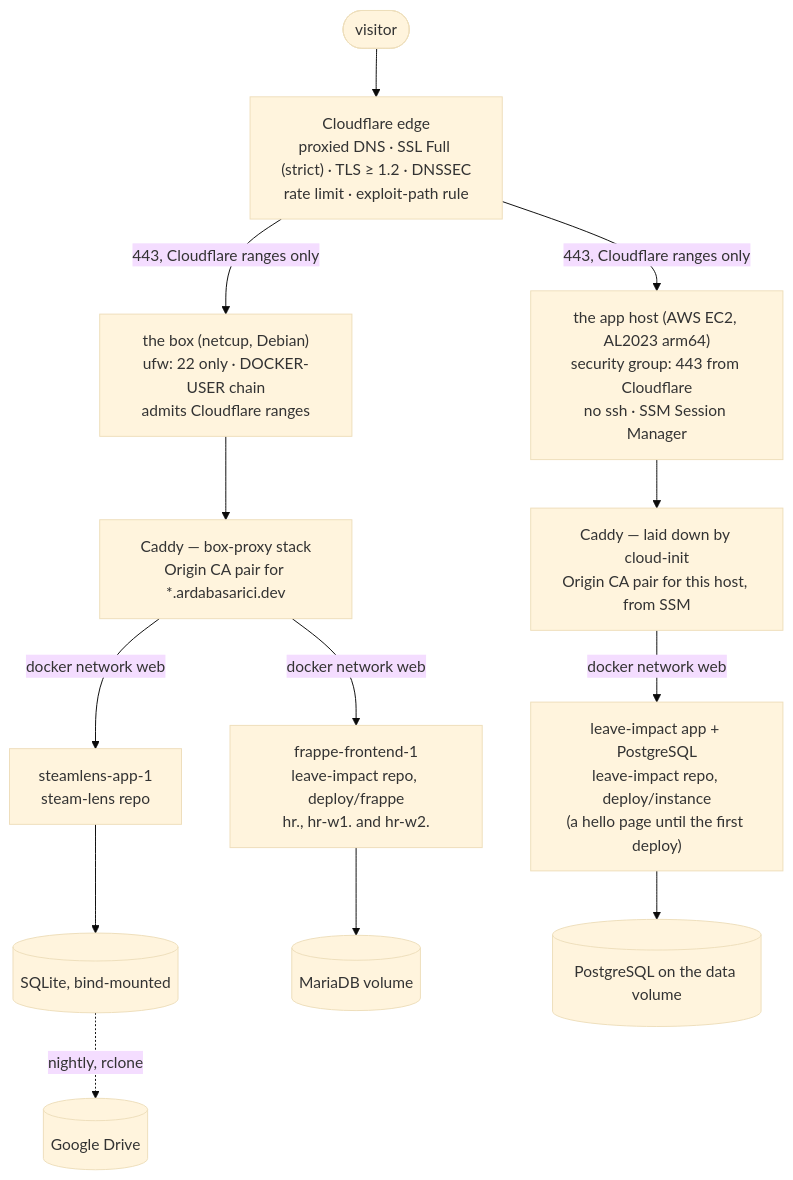
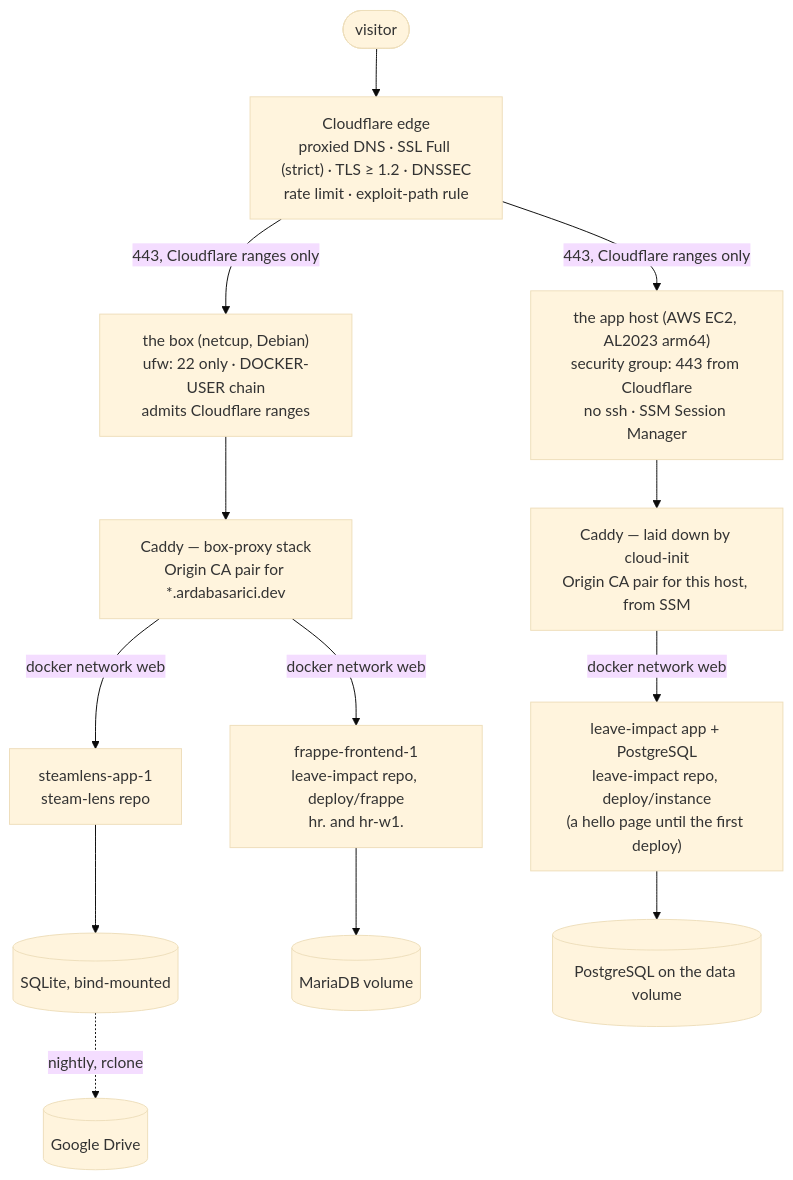
The first of 3 diagrams in ARCHITECTURE.md (arda-basarici/platform), drawn with Mermaid (base theme) before and after one commit. The commit also changed other lines of this file and 7 other files, not shown here.

````diff
--- a/ARCHITECTURE.md
+++ b/ARCHITECTURE.md
@@ -27,29 +27,29 @@
 ```mermaid
 %%{init: {"flowchart": {"diagramPadding": 150}}}%%
 flowchart TD
     V([visitor]) --> CF["`Cloudflare edge
     proxied DNS · SSL Full (strict) · TLS ≥ 1.2 · DNSSEC
     rate limit · exploit-path rule`"]
     CF -->|"443, Cloudflare ranges only"| FW1["`the box (netcup, Debian)
     ufw: 22 only · DOCKER-USER chain
     admits Cloudflare ranges`"]
     CF -->|"443, Cloudflare ranges only"| FW2["`the app host (AWS EC2, AL2023 arm64)
     security group: 443 from Cloudflare
     no ssh · SSM Session Manager`"]
     FW1 --> C1["`Caddy — box-proxy stack
     Origin CA pair for *.ardabasarici.dev`"]
     FW2 --> C2["`Caddy — laid down by cloud-init
     Origin CA pair for this host, from SSM`"]
     C1 -->|"docker network web"| SL["`steamlens-app-1
     steam-lens repo`"]
     C1 -->|"docker network web"| FR["`frappe-frontend-1
     leave-impact repo, deploy/frappe
-    hr., hr-w1. and hr-w2.`"]
+    hr. and hr-w1.`"]
     C2 -->|"docker network web"| LA["`leave-impact app + PostgreSQL
     leave-impact repo, deploy/instance
     (a hello page until the first deploy)`"]
     SL --> SLDB[("SQLite, bind-mounted")]
     FR --> FRDB[("MariaDB volume")]
     LA --> LADB[("PostgreSQL on the data volume")]
     SLDB -.->|"nightly, rclone"| DRIVE[("Google Drive")]
 ```
````
